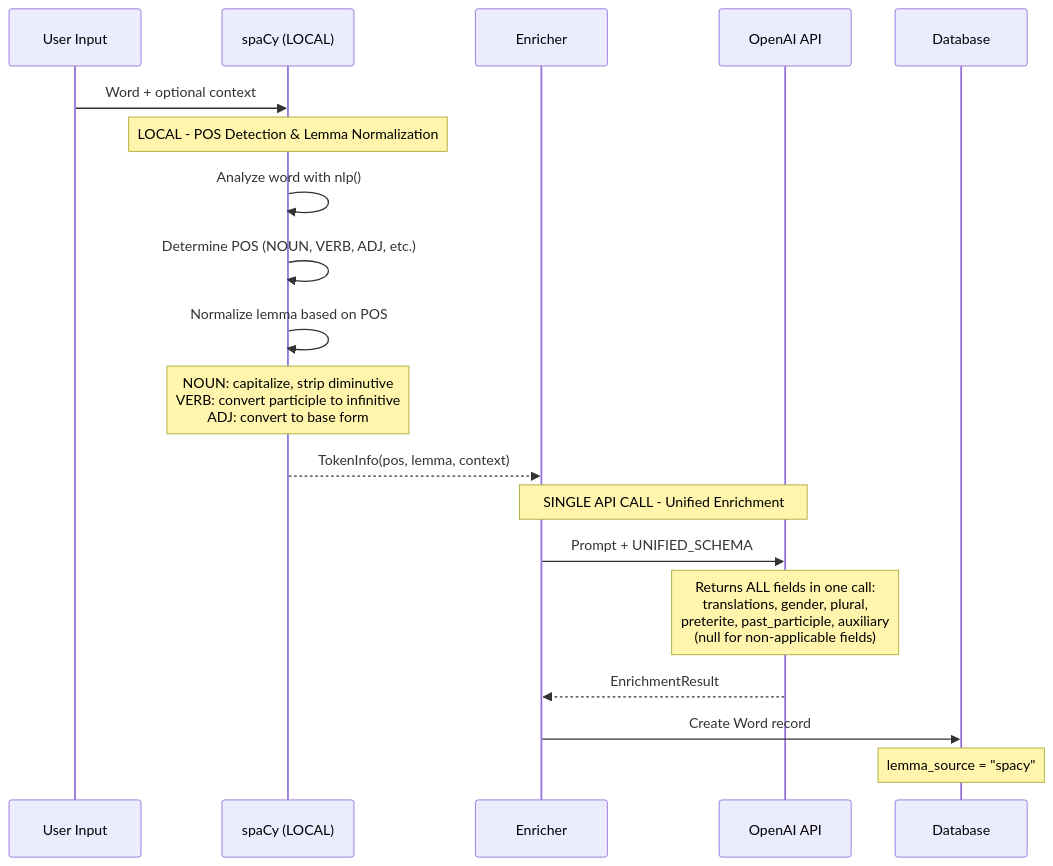
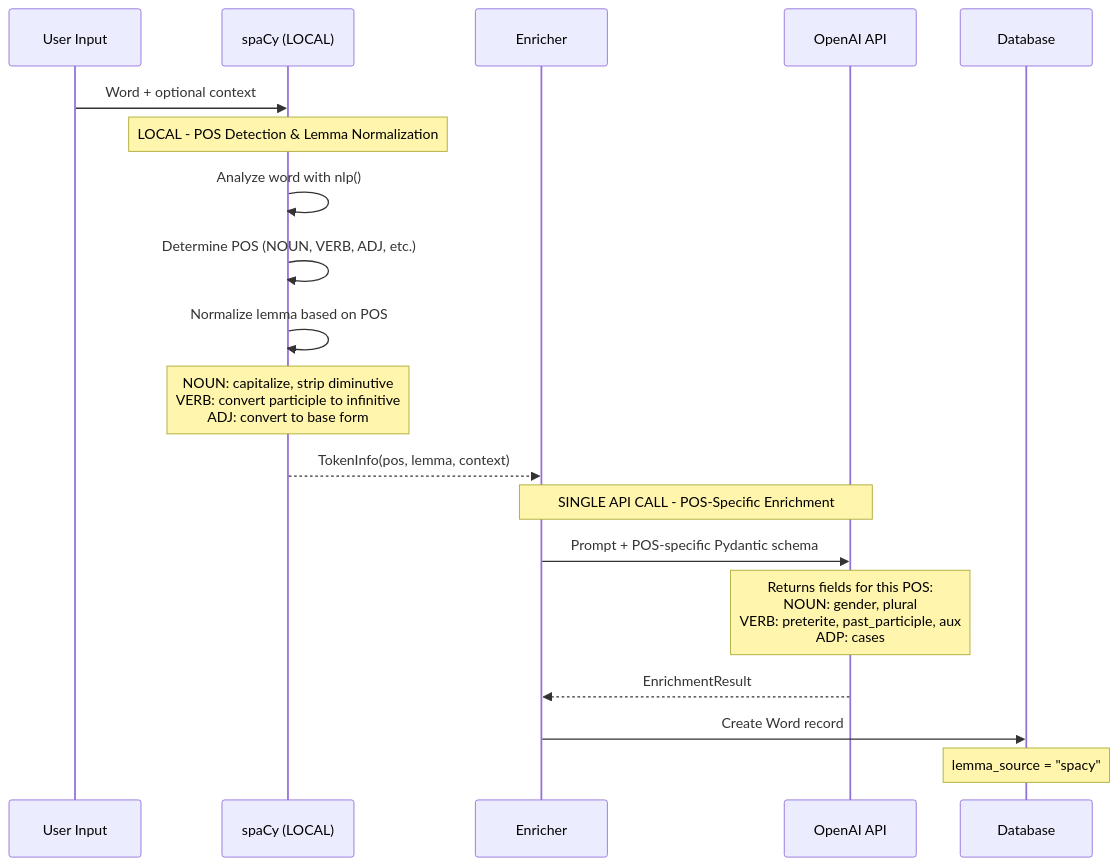
Before and after one commit to sapientpants/vocabext: the first of 9 diagrams in docs/llm-pipelines.md, drawn with Mermaid. The commit also changed other lines of this file and 2 other files, not shown here.

First line of the commit message:
refactor: use Pydantic models for LLM response schemas

````diff
--- a/docs/llm-pipelines.md
+++ b/docs/llm-pipelines.md
@@ -37,25 +37,25 @@
 ```mermaid
 sequenceDiagram
     participant Input as User Input
     participant spaCy as spaCy (LOCAL)
     participant Enricher
     participant API as OpenAI API
     participant DB as Database
 
     Input->>spaCy: Word + optional context
 
     Note over spaCy: LOCAL - POS Detection & Lemma Normalization
     spaCy->>spaCy: Analyze word with nlp()
     spaCy->>spaCy: Determine POS (NOUN, VERB, ADJ, etc.)
     spaCy->>spaCy: Normalize lemma based on POS
     Note over spaCy: NOUN: capitalize, strip diminutive<br/>VERB: convert participle to infinitive<br/>ADJ: convert to base form
     spaCy-->>Enricher: TokenInfo(pos, lemma, context)
 
-    Note over Enricher,API: SINGLE API CALL - Unified Enrichment
-    Enricher->>API: Prompt + UNIFIED_SCHEMA
-    Note over API: Returns ALL fields in one call:<br/>translations, gender, plural,<br/>preterite, past_participle, auxiliary<br/>(null for non-applicable fields)
+    Note over Enricher,API: SINGLE API CALL - POS-Specific Enrichment
+    Enricher->>API: Prompt + POS-specific Pydantic schema
+    Note over API: Returns fields for this POS:<br/>NOUN: gender, plural<br/>VERB: preterite, past_participle, aux<br/>ADP: cases
     API-->>Enricher: EnrichmentResult
 
     Enricher->>DB: Create Word record
     Note over DB: lemma_source = "spacy"
 ```
````
